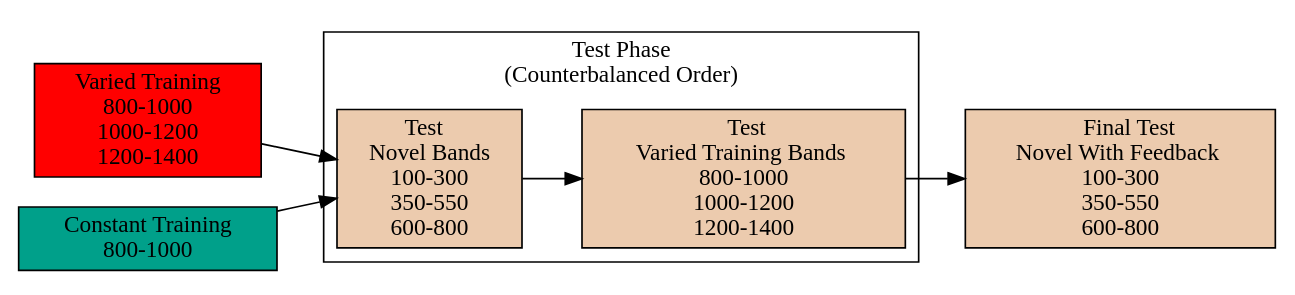
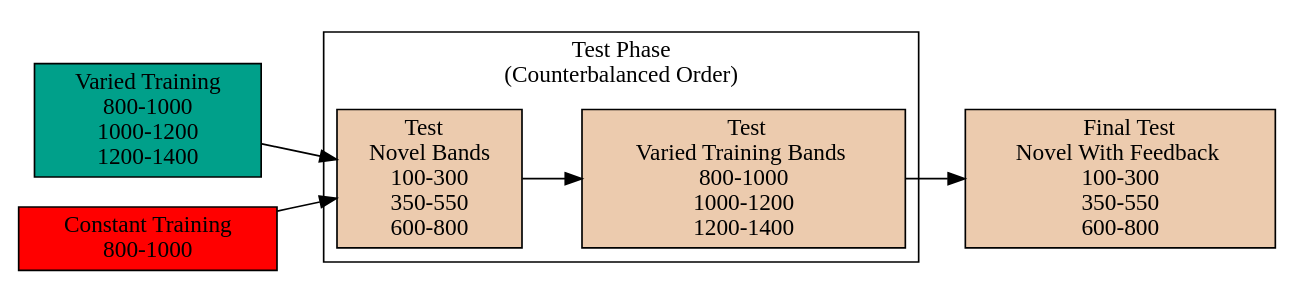
Before and after one commit to tegorman13/htw: the first of 2 diagrams in Manuscript/manuscript.qmd, drawn with Graphviz. The commit also changed other lines of this file and 8 other files, not shown here.

````diff
--- a/Manuscript/manuscript.qmd
+++ b/Manuscript/manuscript.qmd
@@ -148,33 +148,33 @@
 ```{dot}
 //| label: fig-design-e1
 //| fig-cap: "Experiment 1 Design. Constant and Varied participants complete different training conditions."
 //| fig-width: 7.0
 //| fig-height: 2.5
 //| fig-responsive: false
 //| echo: false  
 ///| eval: !expr out_type 
 /////| column: screen-inset-right
 digraph {
   graph [layout = dot, rankdir = LR]
 
   // define the global styles of the nodes
   node [shape = rectangle, style = filled]
 
-  data1 [label = " Varied Training \n800-1000\n1000-1200\n1200-1400", fillcolor = "#FF0000"]
-  data2 [label = " Constant Training \n800-1000", fillcolor = "#00A08A"]
+  data1 [label = " Varied Training \n800-1000\n1000-1200\n1200-1400", fillcolor = "#00A08A"]
+  data2 [label = " Constant Training \n800-1000", fillcolor = "#FF0000"]
   Test3 [label = "    Final Test \n  Novel With Feedback  \n100-300\n350-550\n600-800", fillcolor = "#ECCBAE"]
 
   // edge definitions with the node IDs
   data1 -> Test1
   data2 -> Test1
 
   subgraph cluster {
     label = "Test Phase \n(Counterbalanced Order)"
     Test1 [label = "Test  \nNovel Bands \n100-300\n350-550\n600-800", fillcolor = "#ECCBAE"]
     Test2 [label = "  Test \n  Varied Training Bands  \n800-1000\n1000-1200\n1200-1400", fillcolor = "#ECCBAE"]
     Test1 -> Test2
   }
 
   Test2 -> Test3
 }
 ```
````
